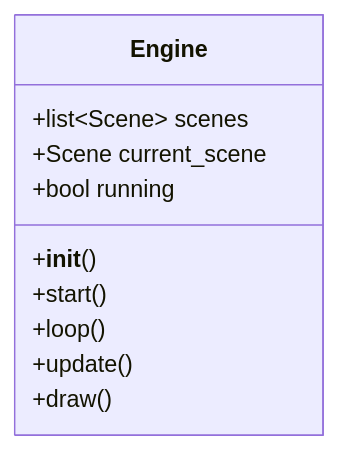
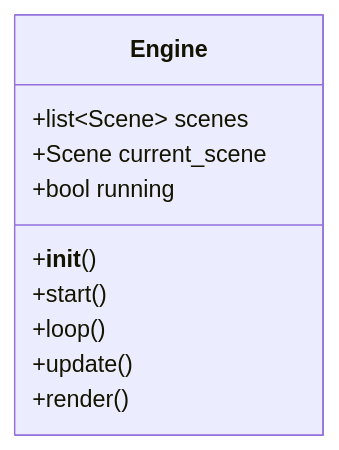
One commit to dev-haku/py-gamekit changed the third of 9 diagrams in docs/py-gamekit.md. Above: the diagram before and after it, drawn with Mermaid. The commit also changed other lines of this file, not shown here.

````diff
--- a/docs/py-gamekit.md
+++ b/docs/py-gamekit.md
@@ -144,15 +139,15 @@
 ```mermaid
 classDiagram
 
 class Engine {
     +list~Scene~ scenes
     +Scene current_scene
     +bool running
 
     +__init__()
     +start()
     +loop()
     +update()
-    +draw()
+    +render()
 }
 ```
````
